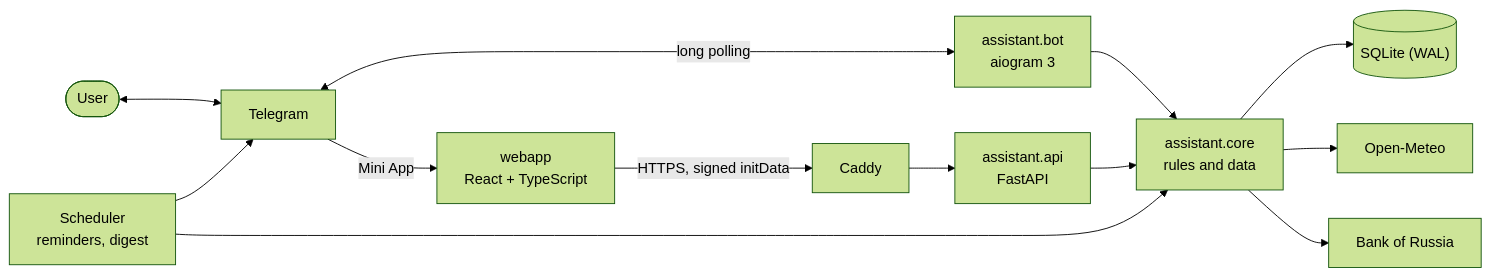
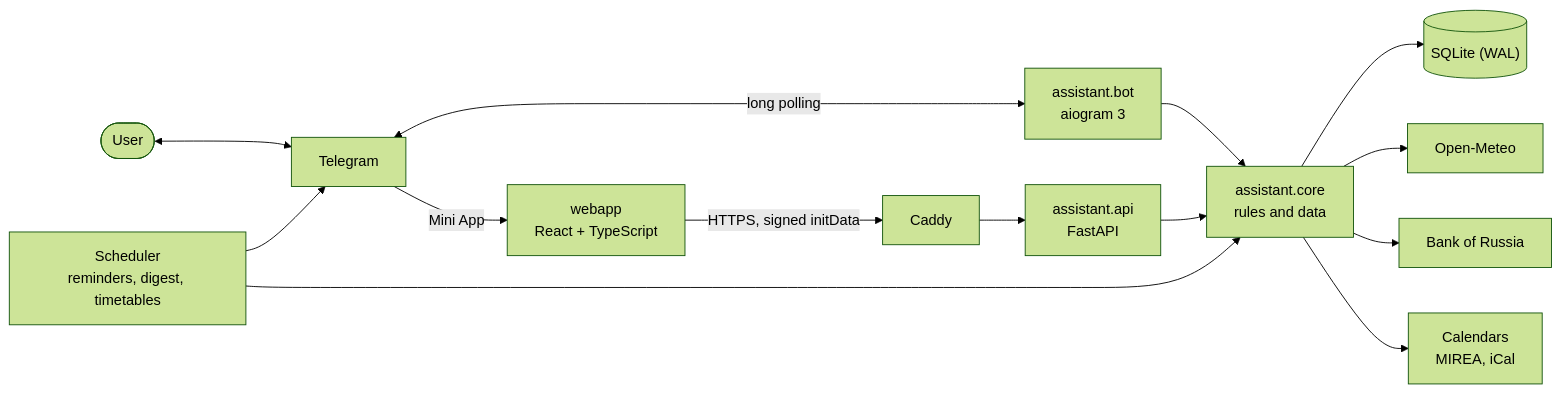
Before and after one commit to APELSINKos/personal-assistant-bot: the diagram in README.en.md, drawn with Mermaid (forest theme). The commit also changed other lines of this file and 7 other files, not shown here.

````diff
--- a/README.en.md
+++ b/README.en.md
@@ -78,15 +81,16 @@
 ```mermaid
 flowchart LR
     user([User]) <--> tg[Telegram]
     tg <-->|long polling| bot["assistant.bot<br/>aiogram 3"]
     tg -->|Mini App| web["webapp<br/>React + TypeScript"]
     web -->|"HTTPS, signed initData"| caddy[Caddy]
     caddy --> api["assistant.api<br/>FastAPI"]
     bot --> core["assistant.core<br/>rules and data"]
     api --> core
-    scheduler["Scheduler<br/>reminders, digest"] --> core
+    scheduler["Scheduler<br/>reminders, digest, timetables"] --> core
     scheduler --> tg
     core --> db[("SQLite (WAL)")]
     core --> meteo[Open-Meteo]
     core --> cbr[Bank of Russia]
+    core --> ical["Calendars<br/>MIREA, iCal"]
 ```
````
